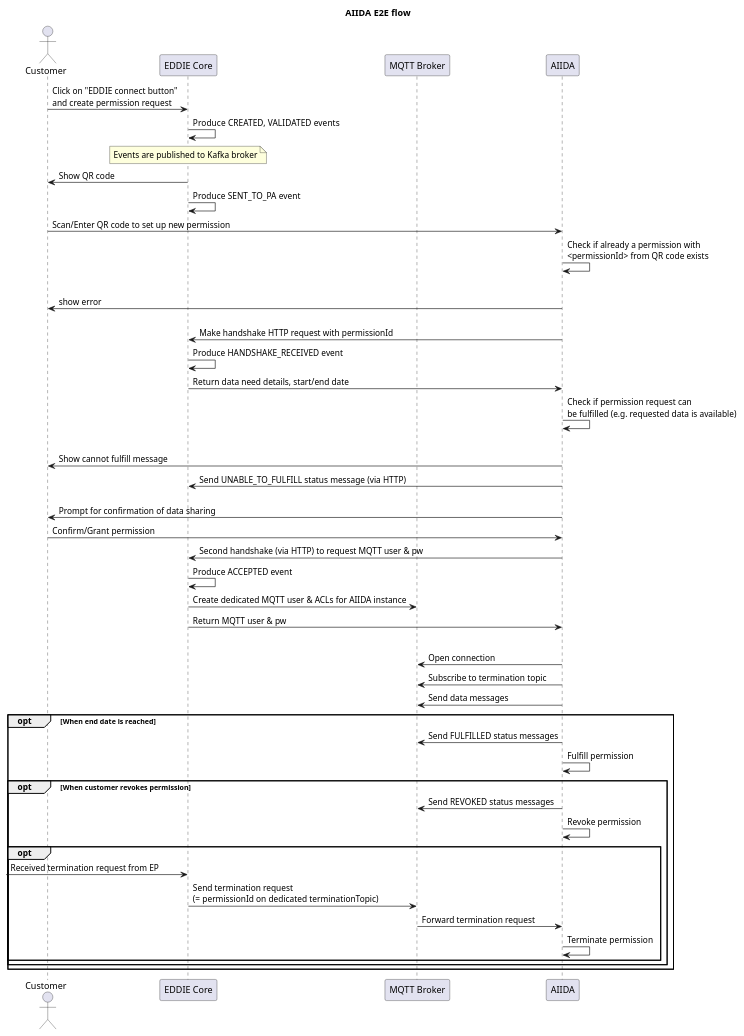
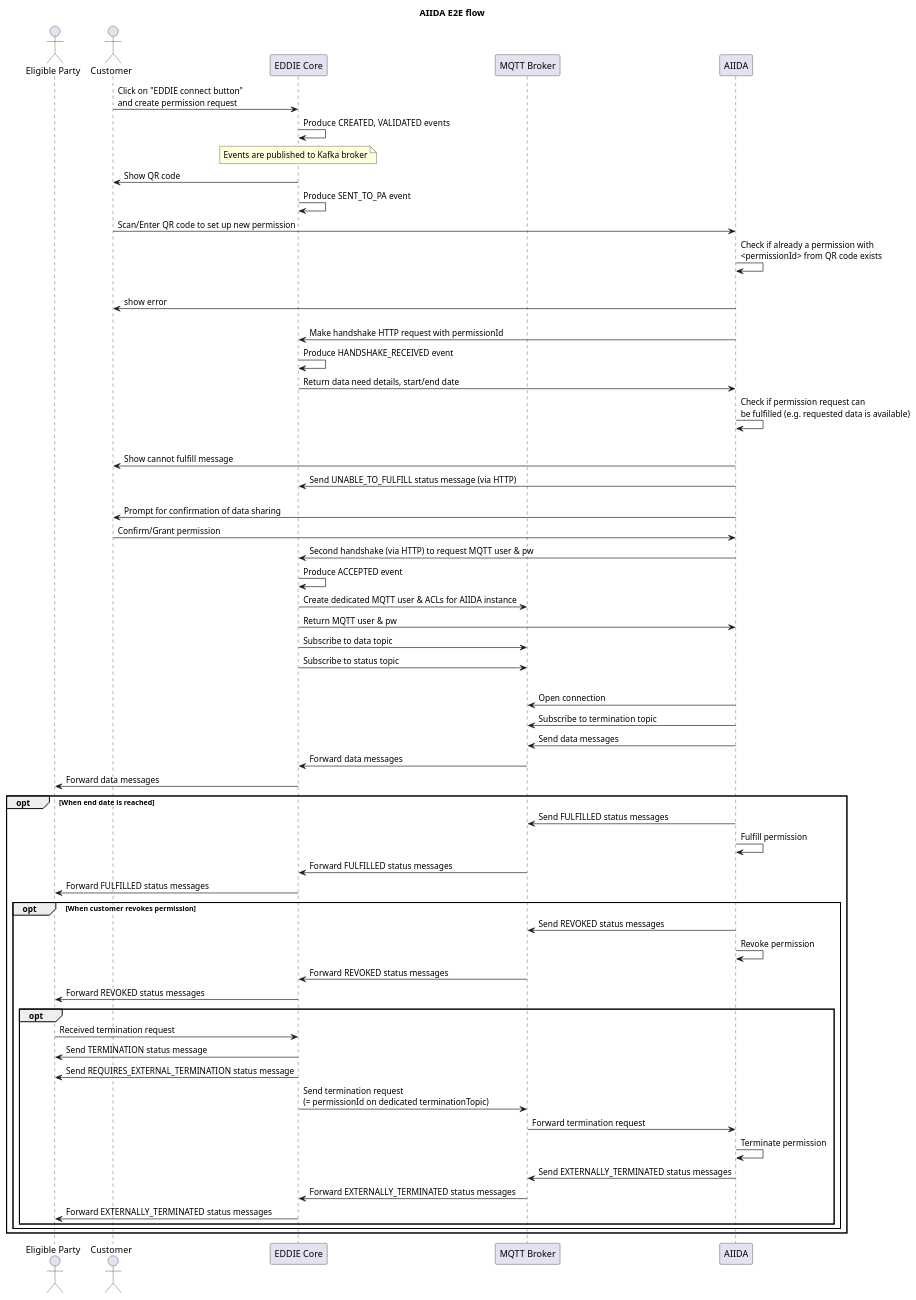
Before and after one commit to eddie-energy/eddie: the diagram in docs/1-running/region-connectors/images/region-connector-aiida/aiida_permission_e2e.plantuml, drawn with PlantUML. The commit also changed 42 other files, not shown here.

```diff
--- a/docs/1-running/region-connectors/images/region-connector-aiida/aiida_permission_e2e.plantuml
+++ b/docs/1-running/region-connectors/images/region-connector-aiida/aiida_permission_e2e.plantuml
@@ -1,62 +1,76 @@
 @startuml
 title AIIDA E2E flow
 
+actor "Eligible Party" as EP
 actor Customer as C
 participant "EDDIE Core" as EC
 participant "MQTT Broker" as M
 participant "AIIDA" as A
 
 C -> EC: Click on "EDDIE connect button"\nand create permission request
 EC -> EC: Produce CREATED, VALIDATED events
 note over EC: Events are published to Kafka broker
 
 EC -> C: Show QR code
 EC -> EC: Produce SENT_TO_PA event
 
 C -> A: Scan/Enter QR code to set up new permission
 
 A -> A: Check if already a permission with\n<permissionId> from QR code exists
 
 alt already exists
     A -> C: show error
 else does not exist yet
     A -> EC: Make handshake HTTP request with permissionId
     EC -> EC: Produce HANDSHAKE_RECEIVED event
     EC -> A: Return data need details, start/end date
 
     A -> A: Check if permission request can\nbe fulfilled (e.g. requested data is available)
     alt cannot be fulfilled
         A -> C: Show cannot fulfill message
         A -> EC: Send UNABLE_TO_FULFILL status message (via HTTP)
     else can be fulfilled
         A -> C: Prompt for confirmation of data sharing
 
         C -> A: Confirm/Grant permission
 
         A -> EC: Second handshake (via HTTP) to request MQTT user & pw
         EC -> EC: Produce ACCEPTED event
         EC -> M: Create dedicated MQTT user & ACLs for AIIDA instance
         EC -> A: Return MQTT user & pw
+        EC -> M: Subscribe to data topic
+        EC -> M: Subscribe to status topic
 
         group Later, when permission start date is reached
             A -> M: Open connection
             A -> M: Subscribe to termination topic
             A -> M: Send data messages
+            M -> EC: Forward data messages
+            EC -> EP: Forward data messages
 
             opt When end date is reached
             A -> M: Send FULFILLED status messages
             A -> A: Fulfill permission
+            M -> EC: Forward FULFILLED status messages
+            EC -> EP: Forward FULFILLED status messages
 
             opt When customer revokes permission
             A -> M: Send REVOKED status messages
             A -> A: Revoke permission
+            M -> EC: Forward REVOKED status messages
+            EC -> EP: Forward REVOKED status messages
 
             opt
-            [-> EC: Received termination request from EP
+            EP -> EC: Received termination request
+            EC -> EP: Send TERMINATION status message
+            EC -> EP: Send REQUIRES_EXTERNAL_TERMINATION status message
             EC -> M: Send termination request\n(= permissionId on dedicated terminationTopic)
             M -> A: Forward termination request
             A -> A: Terminate permission
+            A -> M: Send EXTERNALLY_TERMINATED status messages
+            M -> EC: Forward EXTERNALLY_TERMINATED status messages
+            EC -> EP: Forward EXTERNALLY_TERMINATED status messages
         end
     end
 end
 @enduml
```
